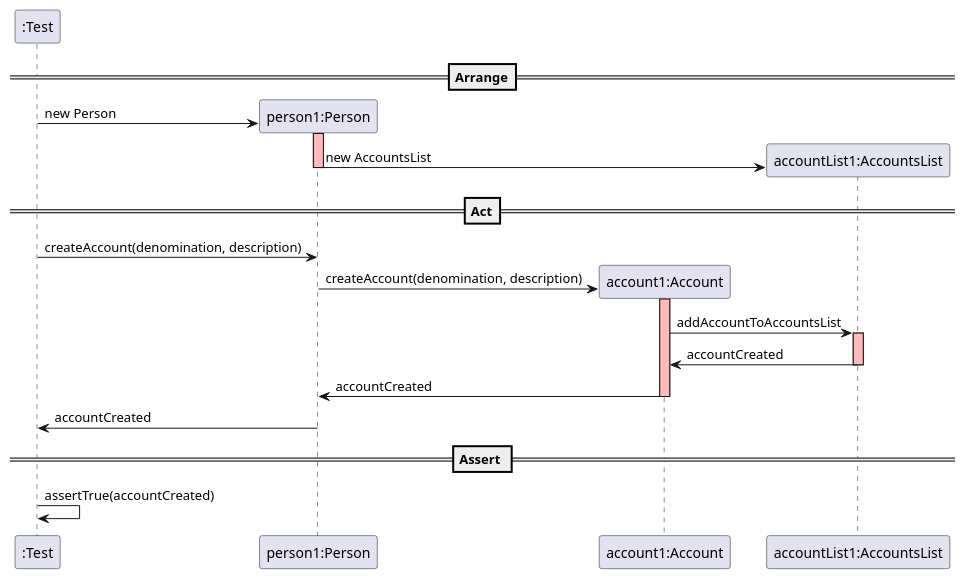
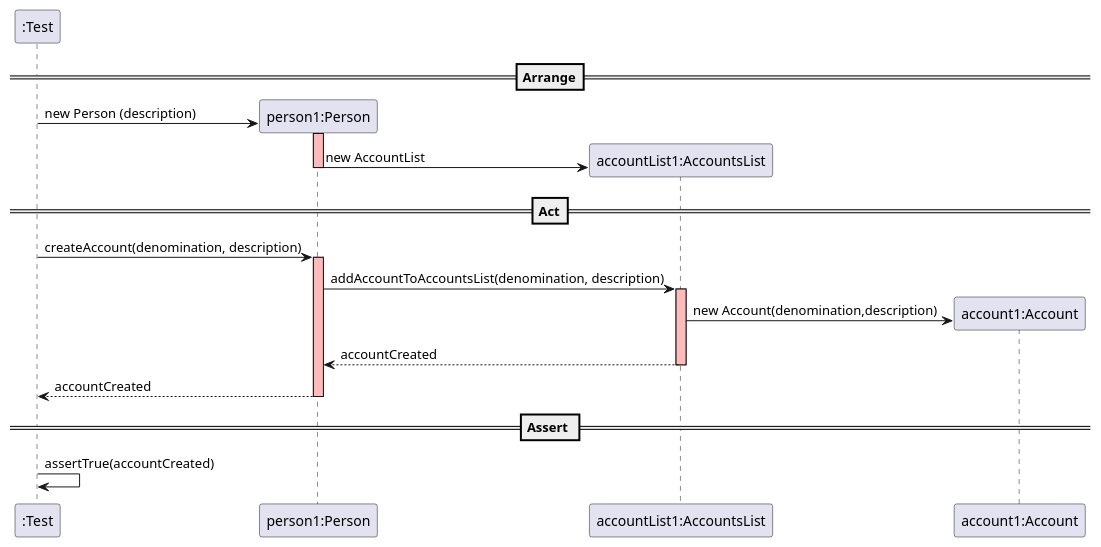
The diagram in docs/SequenceDiagram - UserStory6.puml (mleitaoribeiro/DevOpsMaven), drawn with PlantUML before and after one commit.

Commit message:
ref#260: Sequence Diagram - create the sequence diagram for UserStory006, new diagram with changes

```diff
--- a/docs/SequenceDiagram - UserStory6.puml
+++ b/docs/SequenceDiagram - UserStory6.puml
@@ -1,37 +1,34 @@
 @startuml
 create ":Test"
 
 ==Arrange==
 
 create "person1:Person"
-":Test" -> "person1:Person" : new Person
+":Test" -> "person1:Person" : new Person (description)
 activate "person1:Person" #FFBBBB
 
-create "account1:Account"
 create "accountList1:AccountsList"
+"person1:Person" -> "accountList1:AccountsList" : new AccountList
+deactivate "person1:Person" #FFBBBB
 
-"person1:Person" -> "accountList1:AccountsList" : new AccountsList
-deactivate "person1:Person" #FFBBBB
 
 ==Act==
 ":Test" -> "person1:Person" : createAccount(denomination, description)
-create "account1:Account"
-"person1:Person" -> "account1:Account" : createAccount(denomination, description)
-activate "account1:Account" #FFBBBB
+activate "person1:Person" #FFBBBB
 
-"account1:Account" -> "accountList1:AccountsList" : addAccountToAccountsList
+"person1:Person" -> "accountList1:AccountsList" : addAccountToAccountsList(denomination, description)
 activate "accountList1:AccountsList" #FFBBBB
 
-"accountList1:AccountsList" -> "account1:Account" : accountCreated
+create "account1:Account"
+"accountList1:AccountsList" -> "account1:Account" : new Account(denomination,description)
+
+"accountList1:AccountsList" --> "person1:Person" : accountCreated
 deactivate "accountList1:AccountsList" #FFBBBB
 
-"account1:Account" -> "person1:Person" : accountCreated
-deactivate "account1:Account" #FFBBBB
-
-"person1:Person" -> ":Test" : accountCreated
+"person1:Person" --> ":Test" : accountCreated
 deactivate "person1:Person" #FFBBBB
 
 == Assert ==
 
 ":Test" -> ":Test" : assertTrue(accountCreated)
 @enduml
```
